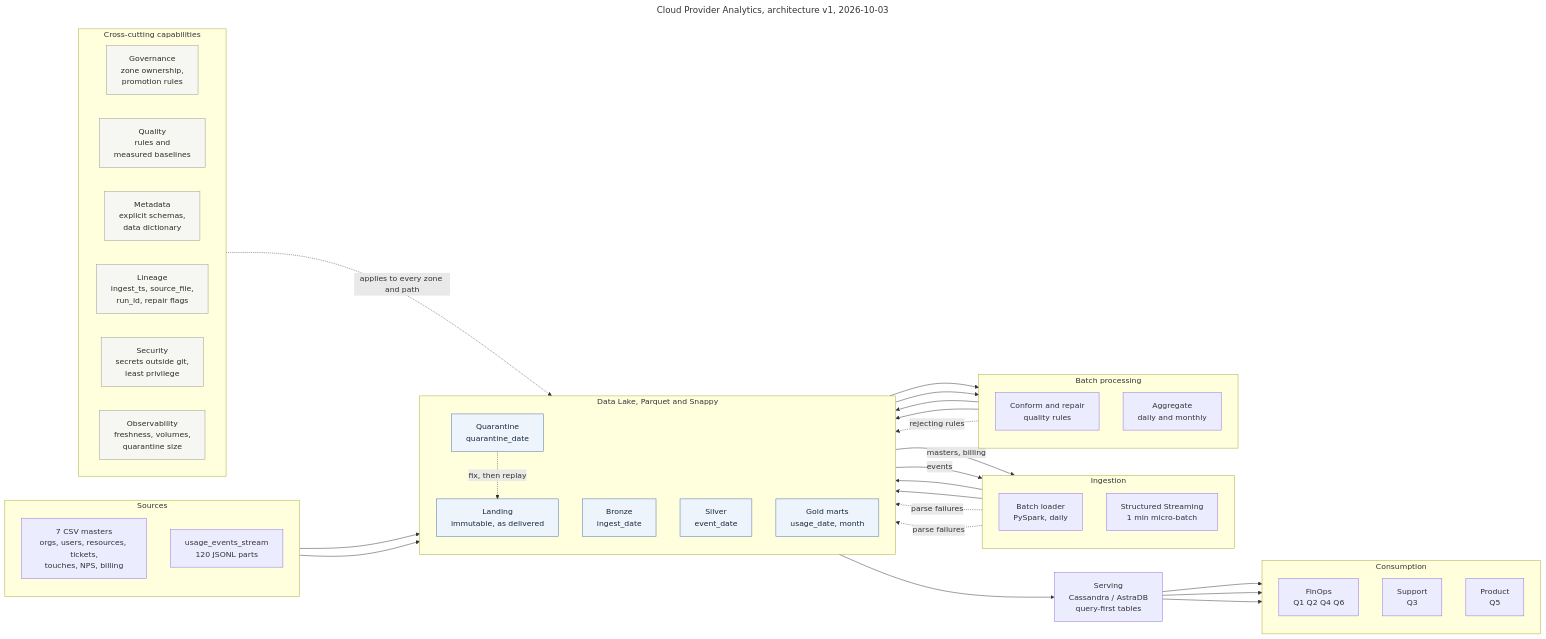
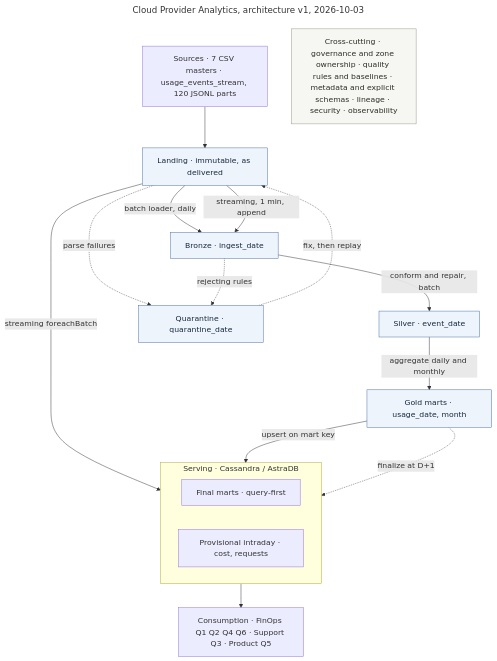
The diagram in docs/design.md (LucasCampoli/big-data-PI-20262Q-G11), drawn with Mermaid before and after one commit. The commit also changed other lines of this file and 2 other files, not shown here.

````diff
--- a/docs/design.md
+++ b/docs/design.md
@@ -418,73 +447,41 @@
 ```mermaid
 ---
 title: "Cloud Provider Analytics, architecture v1, 2026-10-03"
 ---
-flowchart LR
+flowchart TB
   classDef zone fill:#eef4fb,stroke:#4a6fa5,color:#17293f
   classDef band fill:#f6f6f2,stroke:#9a9a8c,color:#2e2e26
 
-  subgraph SRC["Sources"]
-    direction TB
-    CSV["7 CSV masters<br/>orgs, users, resources, tickets,<br/>touches, NPS, billing"]
-    EVT["usage_events_stream<br/>120 JSONL parts"]
+  SRC["Sources · 7 CSV masters · usage_events_stream, 120 JSONL parts"]
+  LND["Landing · immutable, as delivered"]
+  BRZ["Bronze · ingest_date"]
+  SLV["Silver · event_date"]
+  GLD["Gold marts · usage_date, month"]
+  QTN["Quarantine · quarantine_date"]
+
+  subgraph SERV["Serving · Cassandra / AstraDB"]
+    direction LR
+    CAS["Final marts · query-first"]
+    PRV["Provisional intraday · cost, requests"]
   end
 
-  subgraph ING["Ingestion"]
-    direction TB
-    BAT["Batch loader<br/>PySpark, daily"]
-    STR["Structured Streaming<br/>1 min micro-batch"]
-  end
+  CONS["Consumption · FinOps Q1 Q2 Q4 Q6 · Support Q3 · Product Q5"]
+  XC["Cross-cutting · governance and zone ownership · quality rules and baselines · metadata and explicit schemas · lineage · security · observability"]
 
-  subgraph LAKE["Data Lake, Parquet and Snappy"]
-    direction TB
-    LND["Landing<br/>immutable, as delivered"]
-    BRZ["Bronze<br/>ingest_date"]
-    SLV["Silver<br/>event_date"]
-    GLD["Gold marts<br/>usage_date, month"]
-    QTN["Quarantine<br/>quarantine_date"]
-  end
+  SRC --> LND
+  LND -->|"batch loader, daily"| BRZ
+  LND -->|"streaming, 1 min, append"| BRZ
+  LND -->|"streaming foreachBatch"| PRV
+  BRZ -->|"conform and repair, batch"| SLV
+  SLV -->|"aggregate daily and monthly"| GLD
+  GLD -->|"upsert on mart key"| CAS
+  GLD -.->|"finalize at D+1"| PRV
+  SERV --> CONS
 
-  subgraph PROC["Batch processing"]
-    direction TB
-    CNF["Conform and repair<br/>quality rules"]
-    AGG["Aggregate<br/>daily and monthly"]
-  end
-
-  CAS["Serving<br/>Cassandra / AstraDB<br/>query-first tables"]
-
-  subgraph CONS["Consumption"]
-    direction TB
-    FIN["FinOps<br/>Q1 Q2 Q4 Q6"]
-    SUP["Support<br/>Q3"]
-    PRD["Product<br/>Q5"]
-  end
-
-  CSV --> LND
-  EVT --> LND
-  LND -->|masters, billing| BAT --> BRZ
-  LND -->|events| STR --> BRZ
-  BRZ --> CNF --> SLV --> AGG --> GLD --> CAS
-  CAS --> FIN
-  CAS --> SUP
-  CAS --> PRD
-
-  BAT -.->|parse failures| QTN
-  STR -.->|parse failures| QTN
-  CNF -.->|rejecting rules| QTN
-  QTN -.->|fix, then replay| LND
-
-  subgraph XC["Cross-cutting capabilities"]
-    direction LR
-    GOV["Governance<br/>zone ownership,<br/>promotion rules"]
-    DQ["Quality<br/>rules and<br/>measured baselines"]
-    MD["Metadata<br/>explicit schemas,<br/>data dictionary"]
-    LIN["Lineage<br/>ingest_ts, source_file,<br/>run_id, repair flags"]
-    SEC["Security<br/>secrets outside git,<br/>least privilege"]
-    OBS["Observability<br/>freshness, volumes,<br/>quarantine size"]
-  end
-
-  XC -.->|applies to every zone and path| LAKE
+  LND -.->|parse failures| QTN
+  BRZ -.->|rejecting rules| QTN
+  QTN -.->|"fix, then replay"| LND
 
   class LND,BRZ,SLV,GLD,QTN zone
-  class GOV,DQ,MD,LIN,SEC,OBS band
+  class XC band
 ```
````
